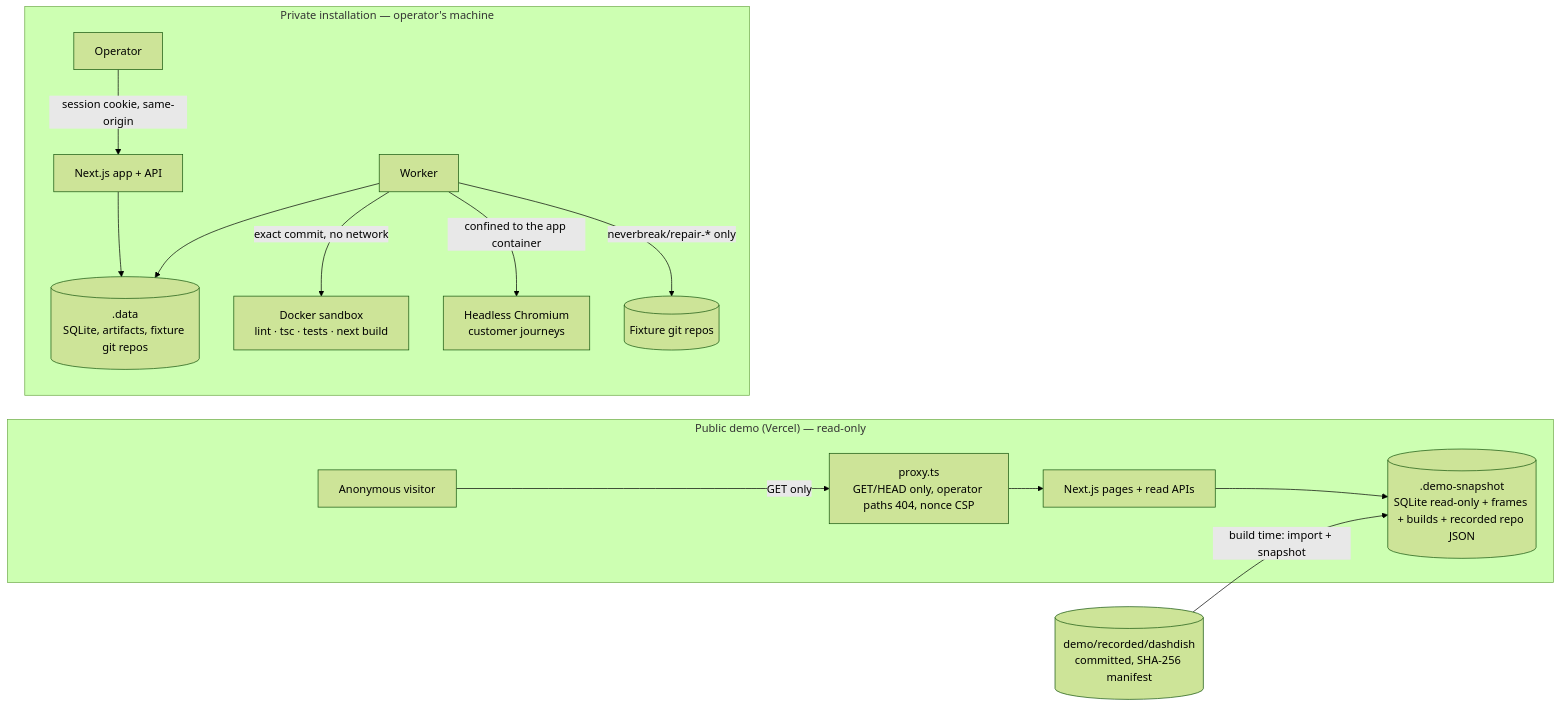
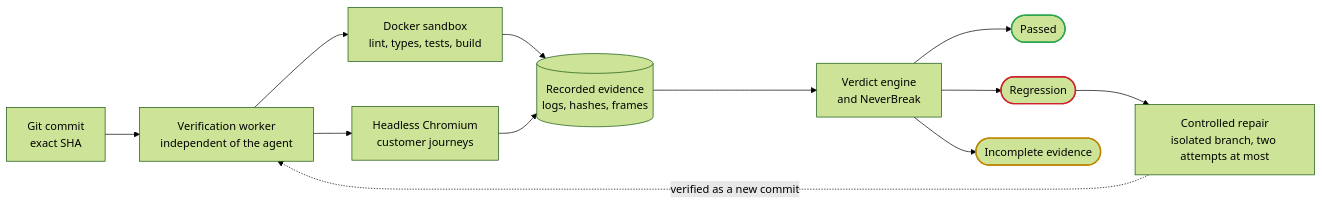
One commit to rashmi09-sys/prooflayer changed the third of 3 diagrams in README.md. Above: the diagram before and after it, drawn with Mermaid (forest theme). The commit also changed other lines of this file and 1 other file, not shown here.

First line of the commit message:
Explain the problem and the pipeline with three diagrams

````diff
--- a/README.md
+++ b/README.md
@@ -51,17 +86,20 @@
 ```mermaid
 flowchart LR
-  subgraph Public["Public demo (Vercel) — read-only"]
-    V[Anonymous visitor] -->|GET only| P[proxy.ts<br/>GET/HEAD only, operator paths 404, nonce CSP]
-    P --> N[Next.js pages + read APIs]
-    N --> S[(.demo-snapshot<br/>SQLite read-only + frames + builds + recorded repo JSON)]
-  end
-  subgraph Private["Private installation — operator's machine"]
-    O[Operator] -->|session cookie, same-origin| A[Next.js app + API]
-    A --> D[(.data<br/>SQLite, artifacts, fixture git repos)]
-    W[Worker] --> D
-    W -->|exact commit, no network| X[Docker sandbox<br/>lint · tsc · tests · next build]
-    W -->|confined to the app container| C[Headless Chromium<br/>customer journeys]
-    W -->|neverbreak/repair-* only| G[(Fixture git repos)]
-  end
-  R[(demo/recorded/dashdish<br/>committed, SHA-256 manifest)] -->|build time: import + snapshot| S
+  C["Git commit<br/>exact SHA"] --> W["Verification worker<br/>independent of the agent"]
+  W --> D["Docker sandbox<br/>lint, types, tests, build"]
+  W --> B["Headless Chromium<br/>customer journeys"]
+  D --> E[("Recorded evidence<br/>logs, hashes, frames")]
+  B --> E
+  E --> V["Verdict engine<br/>and NeverBreak"]
+  V --> P(["Passed"])
+  V --> R(["Regression"])
+  V --> I(["Incomplete evidence"])
+  R --> F["Controlled repair<br/>isolated branch, two attempts at most"]
+  F -. "verified as a new commit" .-> W
+  classDef good stroke:#2da44e,stroke-width:2px
+  classDef bad stroke:#cf222e,stroke-width:2px
+  classDef warn stroke:#bf8700,stroke-width:2px
+  class P good
+  class R bad
+  class I warn
 ```
````
